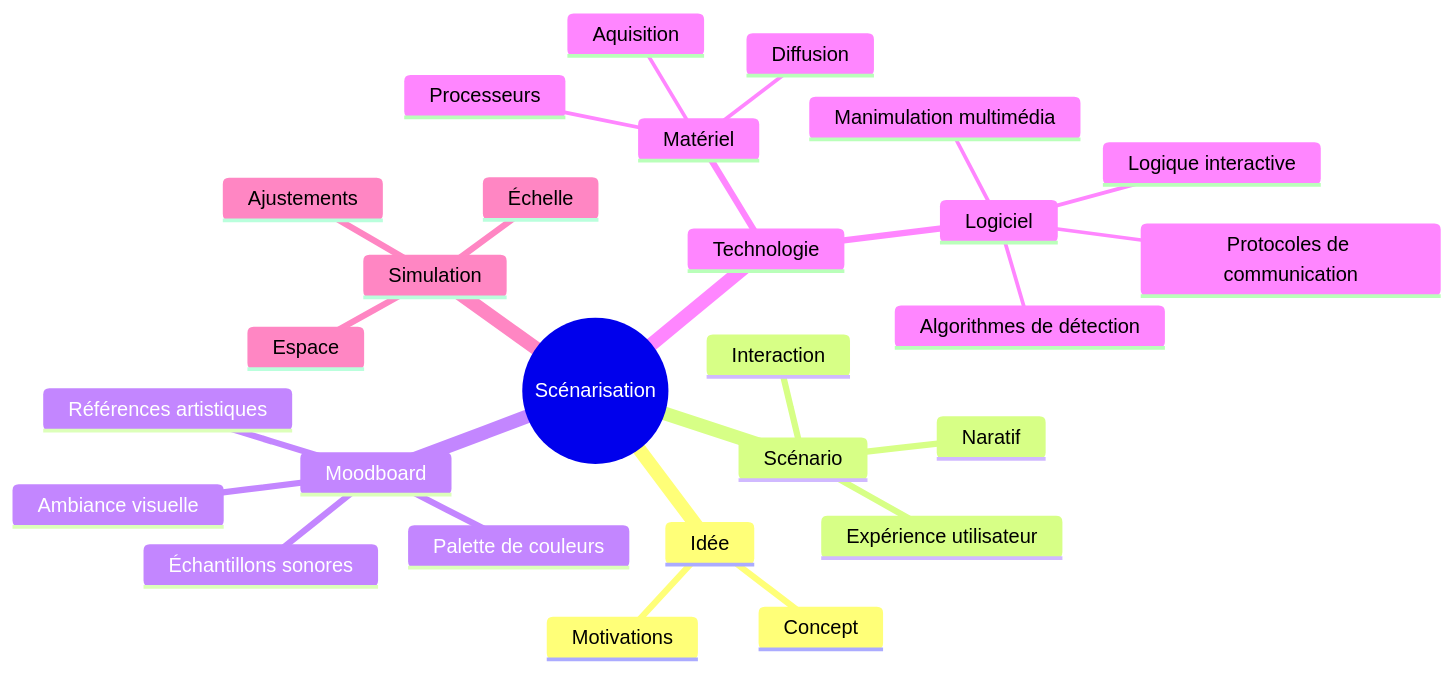
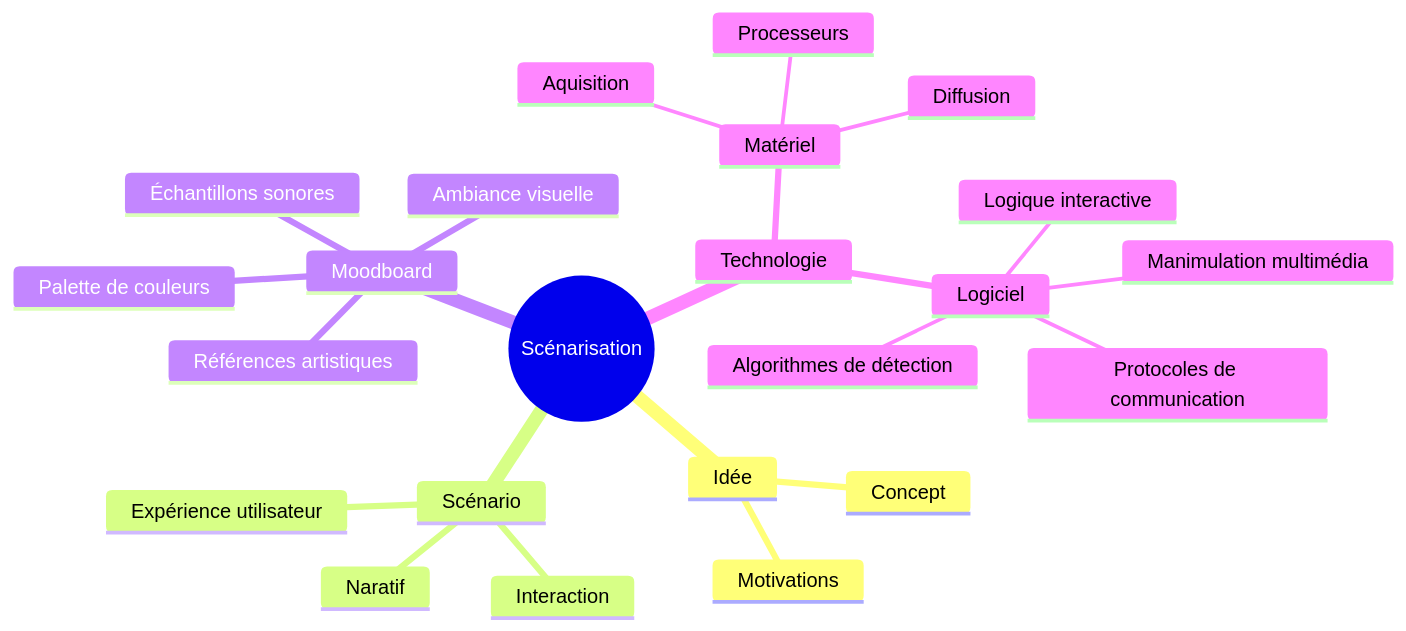
One commit to tim-montmorency/582523-gestion changed the diagram in activites/2_scenariser/README.md. Above: the diagram before and after it, drawn with Mermaid. The commit also changed other lines of this file, not shown here.

````diff
--- a/activites/2_scenariser/README.md
+++ b/activites/2_scenariser/README.md
@@ -3,30 +3,26 @@
 ```mermaid
 mindmap
   root((Scénarisation))
     Idée
       Concept
       Motivations
     Scénario
       Naratif
       Interaction
       Expérience utilisateur
     Moodboard
       Ambiance visuelle
       Palette de couleurs
       Références artistiques
       Échantillons sonores
     Technologie
       Matériel
         Aquisition
         Processeurs
         Diffusion
       Logiciel
         Algorithmes de détection
         Logique interactive
         Manimulation multimédia
         Protocoles de communication
-    Simulation
-      Échelle
-      Espace
-      Ajustements
 ```
````
